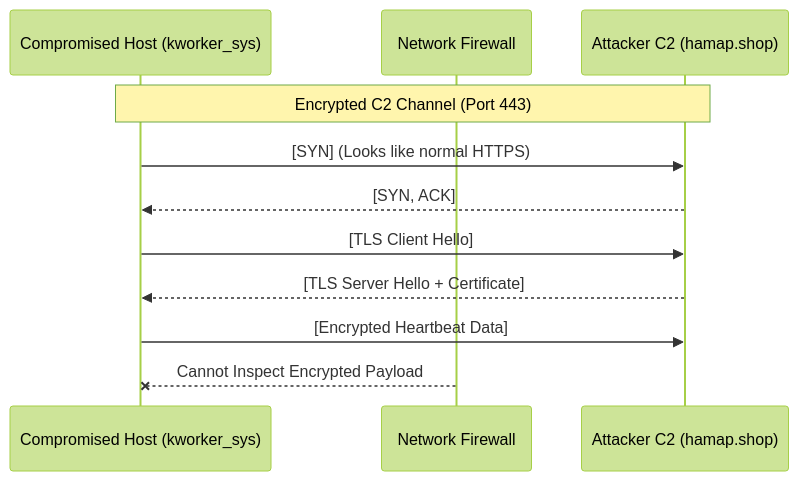
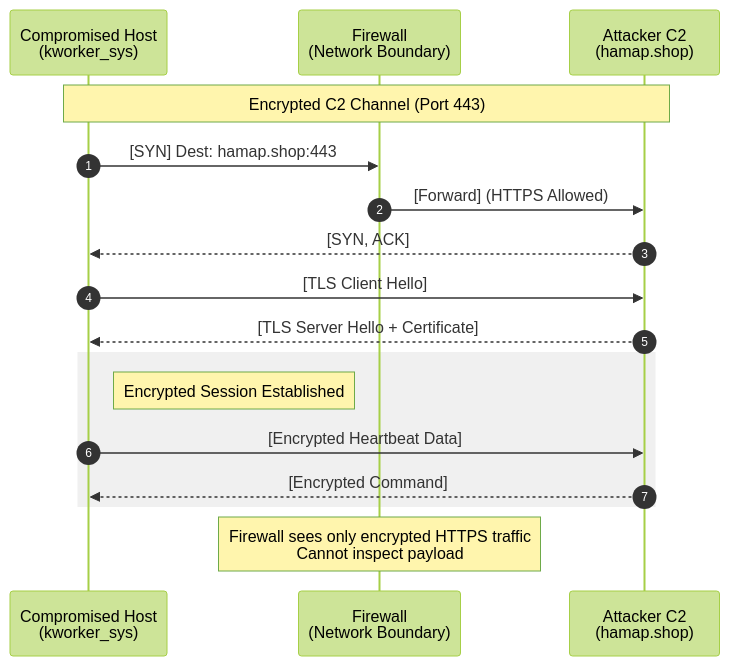
The third of 3 diagrams in _posts/cyberkillchain/2025-11-21-CKC-A.md (HamaPr/HamaPr.github.io), drawn with Mermaid (forest theme) before and after one commit. The commit also changed other lines of this file, not shown here.

````diff
--- a/_posts/cyberkillchain/2025-11-21-CKC-A.md
+++ b/_posts/cyberkillchain/2025-11-21-CKC-A.md
@@ -452,14 +482,24 @@
 ```mermaid
 sequenceDiagram
-    participant Target as Compromised Host (kworker_sys)
-    participant Firewall as Network Firewall
-    participant C2 as Attacker C2 (hamap.shop)
+    autonumber
+    participant Target as Compromised Host<br>(kworker_sys)
+    participant FW as Firewall<br>(Network Boundary)
+    participant C2 as Attacker C2<br>(hamap.shop)
 
     Note over Target, C2: Encrypted C2 Channel (Port 443)
-    Target->>C2: [SYN] (Looks like normal HTTPS)
+    
+    Target->>FW: [SYN] Dest: hamap.shop:443
+    FW->>C2: [Forward] (HTTPS Allowed)
     C2-->>Target: [SYN, ACK]
+    
     Target->>C2: [TLS Client Hello]
     C2-->>Target: [TLS Server Hello + Certificate]
-    Target->>C2: [Encrypted Heartbeat Data]
-    Firewall--x Target: Cannot Inspect Encrypted Payload
+    
+    rect rgb(240, 240, 240)
+        Note right of Target: Encrypted Session Established
+        Target->>C2: [Encrypted Heartbeat Data]
+        C2-->>Target: [Encrypted Command]
+    end
+    
+    Note over FW: Firewall sees only encrypted HTTPS traffic<br>Cannot inspect payload
 ```
````
